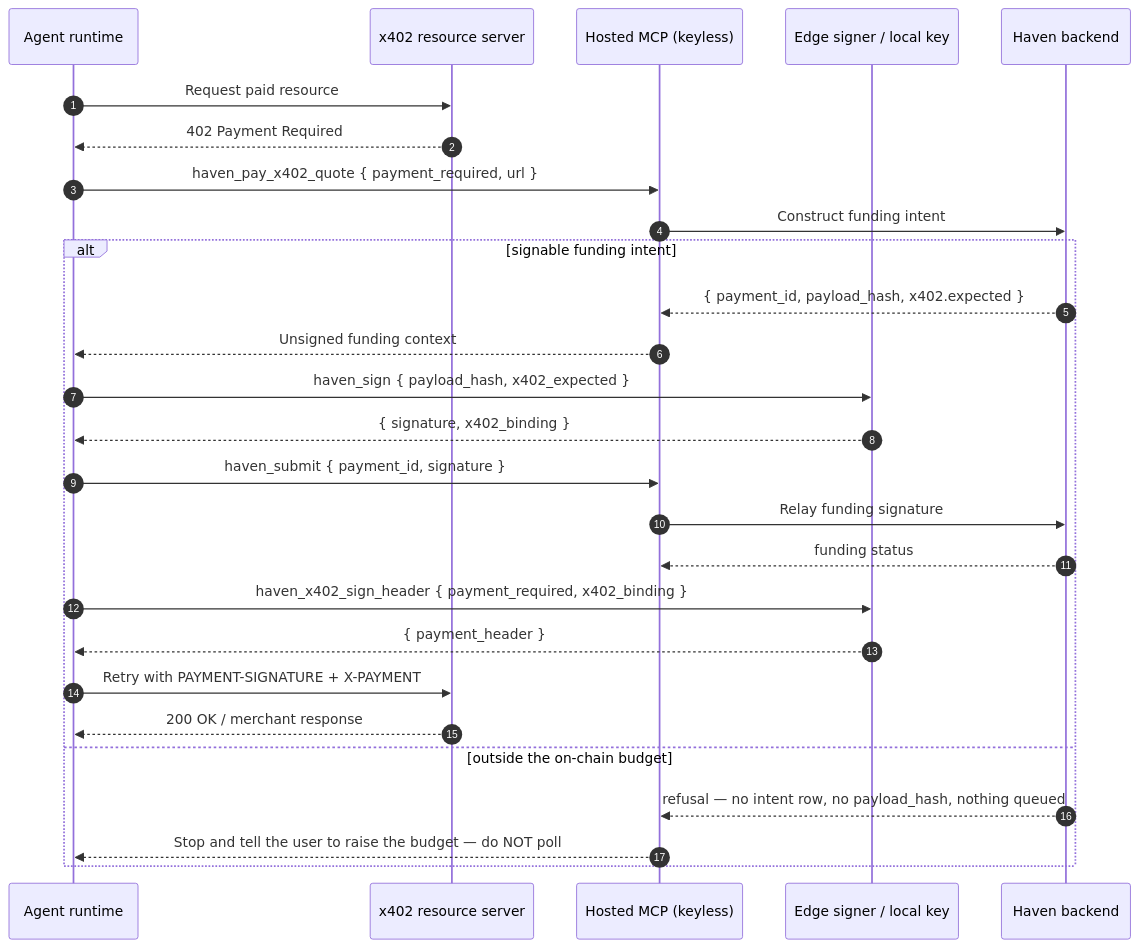
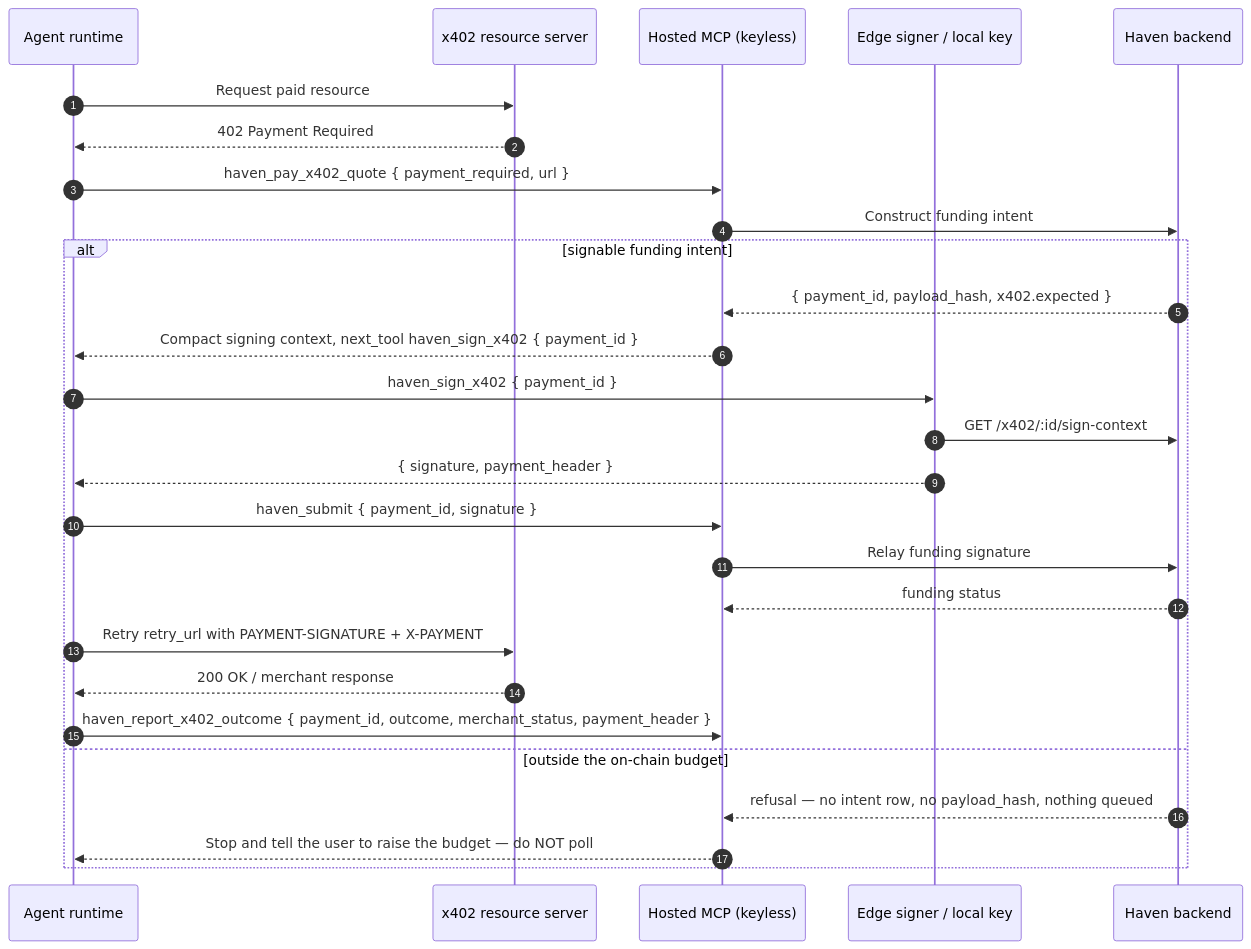
Before and after one commit to d-hinders/Haven-AI: the second of 2 diagrams in docs/architecture/04-x402-payment-sequence.md, drawn with Mermaid. The commit also changed other lines of this file, not shown here.

First line of the commit message:
docs(x402): full re-verification of the x402 payment sequence doc (#4303 part E)

````diff
--- a/docs/architecture/04-x402-payment-sequence.md
+++ b/docs/architecture/04-x402-payment-sequence.md
@@ -467,30 +467,30 @@
 ```mermaid
 sequenceDiagram
   autonumber
   participant Agent as Agent runtime
   participant Resource as x402 resource server
   participant MCP as Hosted MCP (keyless)
   participant Signer as Edge signer / local key
   participant API as Haven backend
 
   Agent->>Resource: Request paid resource
   Resource-->>Agent: 402 Payment Required
   Agent->>MCP: haven_pay_x402_quote { payment_required, url }
   MCP->>API: Construct funding intent
   alt signable funding intent
     API-->>MCP: { payment_id, payload_hash, x402.expected }
-    MCP-->>Agent: Unsigned funding context
-    Agent->>Signer: haven_sign { payload_hash, x402_expected }
-    Signer-->>Agent: { signature, x402_binding }
+    MCP-->>Agent: Compact signing context, next_tool haven_sign_x402 { payment_id }
+    Agent->>Signer: haven_sign_x402 { payment_id }
+    Signer->>API: GET /x402/:id/sign-context
+    Signer-->>Agent: { signature, payment_header }
     Agent->>MCP: haven_submit { payment_id, signature }
     MCP->>API: Relay funding signature
     API-->>MCP: funding status
-    Agent->>Signer: haven_x402_sign_header { payment_required, x402_binding }
-    Signer-->>Agent: { payment_header }
-    Agent->>Resource: Retry with PAYMENT-SIGNATURE + X-PAYMENT
+    Agent->>Resource: Retry retry_url with PAYMENT-SIGNATURE + X-PAYMENT
     Resource-->>Agent: 200 OK / merchant response
+    Agent->>MCP: haven_report_x402_outcome { payment_id, outcome, merchant_status, payment_header }
   else outside the on-chain budget
     API-->>MCP: refusal — no intent row, no payload_hash, nothing queued
     MCP-->>Agent: Stop and tell the user to raise the budget — do NOT poll
   end
 ```
````
